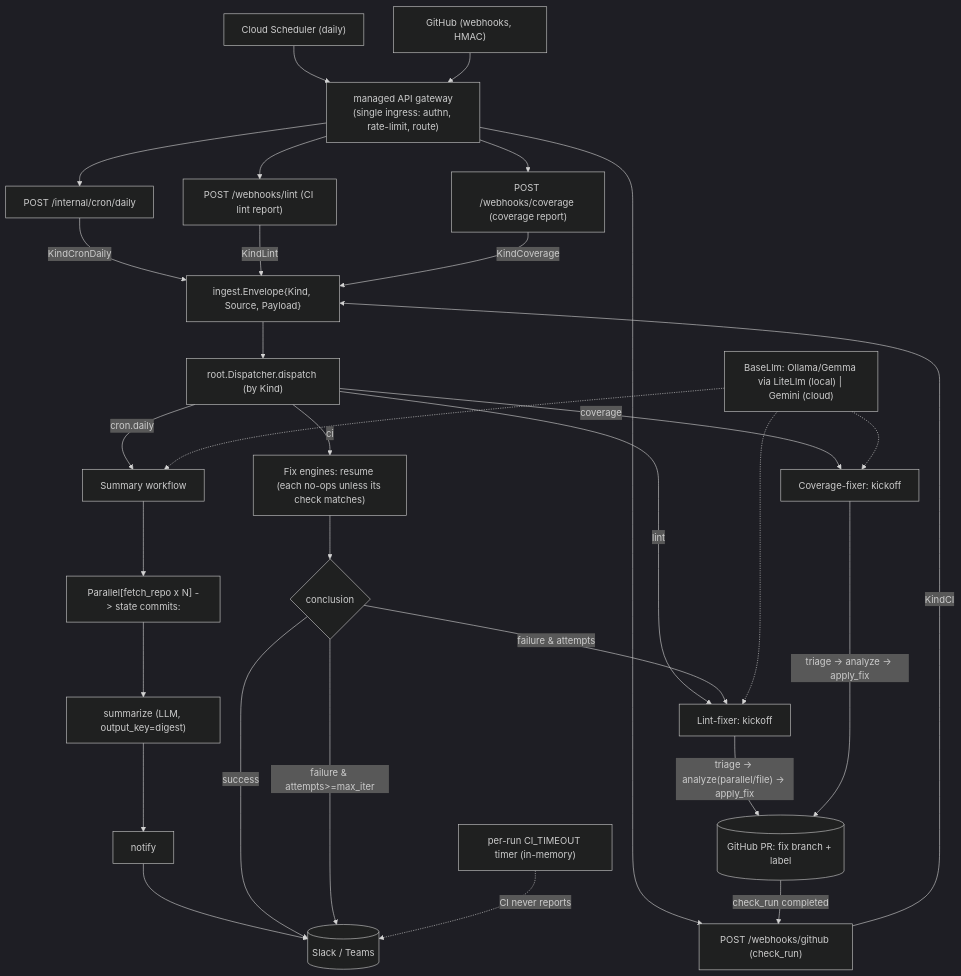
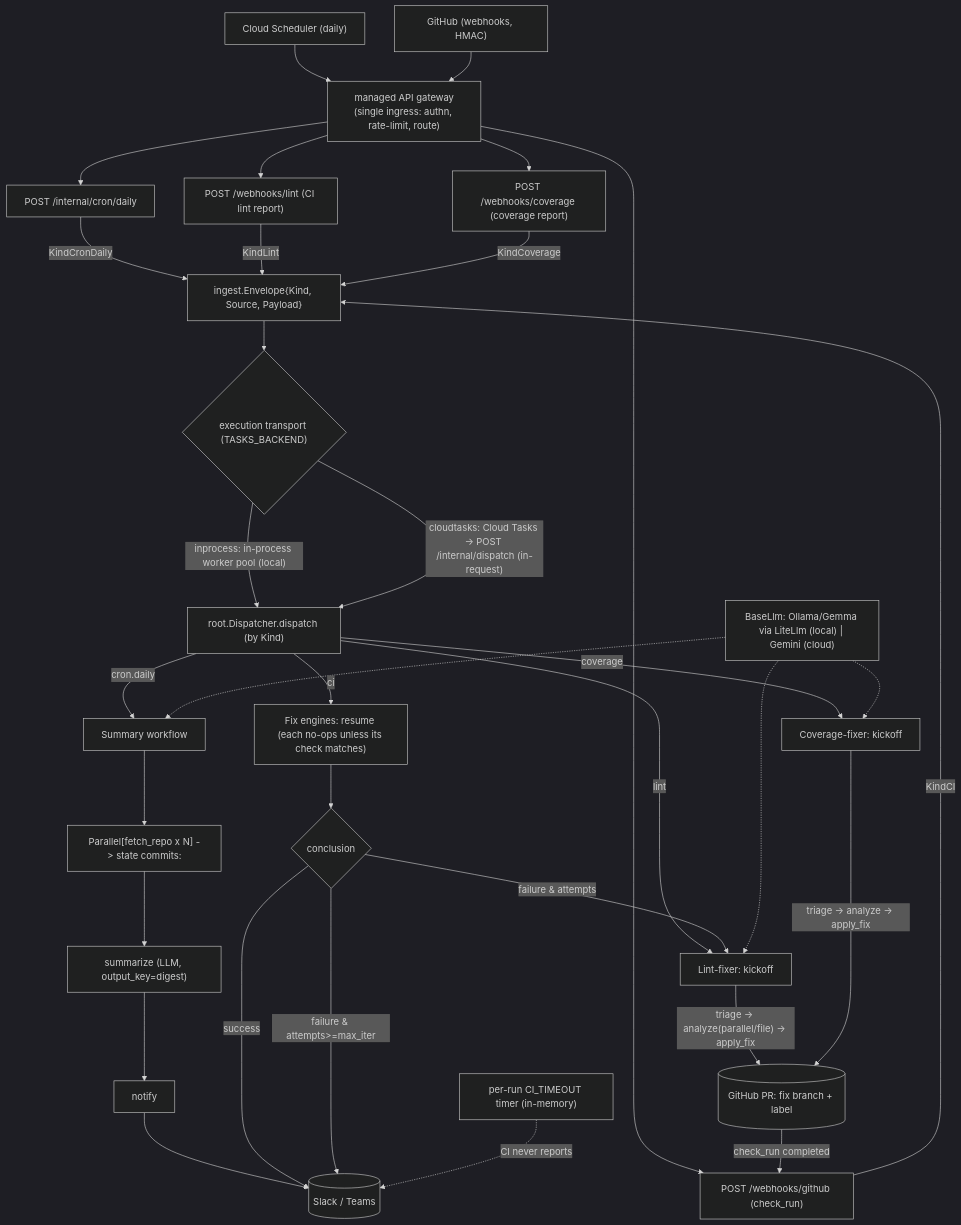
One commit to jkjamies/automation-agent changed the diagram in python/AGENTS.md. Above: the diagram before and after it, drawn with Mermaid (dark theme). The commit also changed other lines of this file and 12 other files, not shown here.

First line of the commit message:
Document the Cloud Tasks execution transport (config, front-door docs, diagrams) (#24)

````diff
--- a/python/AGENTS.md
+++ b/python/AGENTS.md
@@ -9,35 +9,38 @@
 ```mermaid
 flowchart TD
     CS["Cloud Scheduler (daily)"] --> GW
     GH["GitHub (webhooks, HMAC)"] --> GW
     GW["managed API gateway<br/>(single ingress: authn, rate-limit, route)"] --> Cron["POST /internal/cron/daily"]
     GW --> WLint["POST /webhooks/lint (CI lint report)"]
     GW --> WCov["POST /webhooks/coverage (coverage report)"]
     GW --> WCI["POST /webhooks/github (check_run)"]
     Cron -->|KindCronDaily| Env["ingest.Envelope{Kind, Source, Payload}"]
     WLint -->|KindLint| Env
     WCov -->|KindCoverage| Env
     WCI -->|KindCI| Env
-    Env --> Root["root.Dispatcher.dispatch (by Kind)"]
+    Env --> TX{"execution transport (TASKS_BACKEND)"}
+    TX -->|"inprocess: in-process worker pool (local)"| Root
+    TX -->|"cloudtasks: Cloud Tasks → POST /internal/dispatch (in-request)"| Root
+    Root["root.Dispatcher.dispatch (by Kind)"]
     Root -->|"cron.daily"| Sum["Summary workflow"]
     Root -->|lint| LFK["Lint-fixer: kickoff"]
     Root -->|coverage| CFK["Coverage-fixer: kickoff"]
     Root -->|ci| LFR["Fix engines: resume (each no-ops unless its check matches)"]
 
     Sum --> Par["Parallel[fetch_repo x N] -> state commits:<repo>"]
     Par --> Smz["summarize (LLM, output_key=digest)"]
     Smz --> Ntf["notify"] --> Chat[("Slack / Teams")]
 
     LFK -->|"triage -> analyze(parallel/file) -> apply_fix"| PR[("GitHub PR: fix branch + label")]
     CFK -->|"triage -> analyze -> apply_fix"| PR
     PR -->|"check_run completed"| WCI
     LFR --> Dec{conclusion}
     Dec -->|success| Chat
     Dec -->|"failure & attempts<max_iter"| LFK
     Dec -->|"failure & attempts>=max_iter"| Chat
     TO["per-run CI_TIMEOUT timer (in-memory)"] -.->|"CI never reports"| Chat
 
     Models["BaseLlm: Ollama/Gemma via LiteLlm (local) | Gemini (cloud)"] -.-> Sum
     Models -.-> LFK
     Models -.-> CFK
 ```
````
